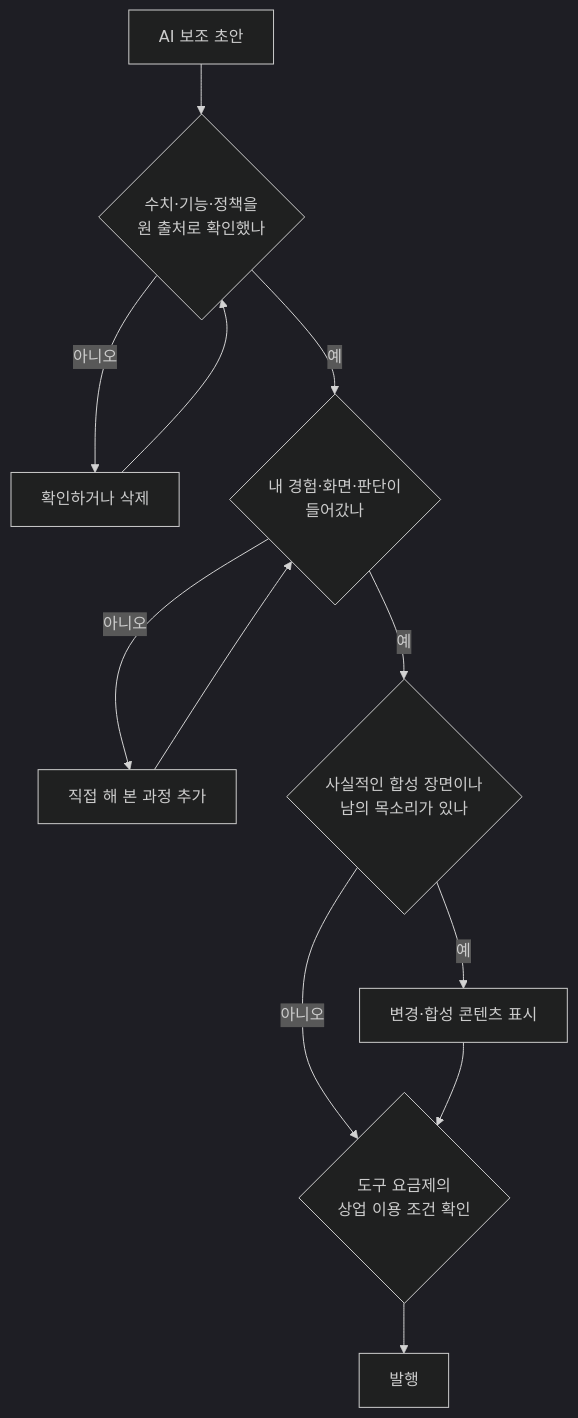
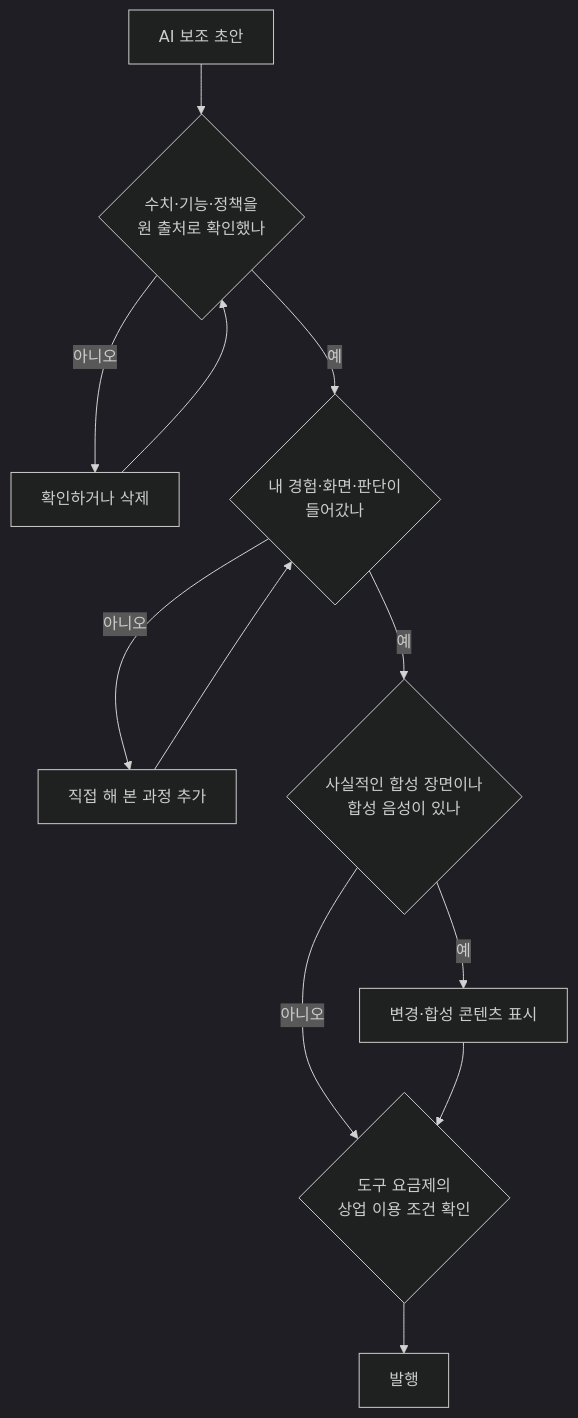
Before and after one commit to linjingzhu/tech-jeongsu: the diagram in content/creator/07-ai-production-policy.md, drawn with Mermaid (dark theme). The commit also changed other lines of this file and 11 other files, not shown here.

````diff
--- a/content/creator/07-ai-production-policy.md
+++ b/content/creator/07-ai-production-policy.md
@@ -94,14 +94,14 @@
 ```mermaid
 flowchart TD
     DRAFT[AI 보조 초안] --> FACT{수치·기능·정책을<br/>원 출처로 확인했나}
     FACT -->|아니오| FIX[확인하거나 삭제]
     FIX --> FACT
     FACT -->|예| OWN{내 경험·화면·판단이<br/>들어갔나}
     OWN -->|아니오| ADD[직접 해 본 과정 추가]
     ADD --> OWN
-    OWN -->|예| REAL{사실적인 합성 장면이나<br/>남의 목소리가 있나}
+    OWN -->|예| REAL{사실적인 합성 장면이나<br/>합성 음성이 있나}
     REAL -->|예| LABEL[변경·합성 콘텐츠 표시]
     REAL -->|아니오| LIC
     LABEL --> LIC{도구 요금제의<br/>상업 이용 조건 확인}
     LIC --> PUB[발행]
 ```
````
